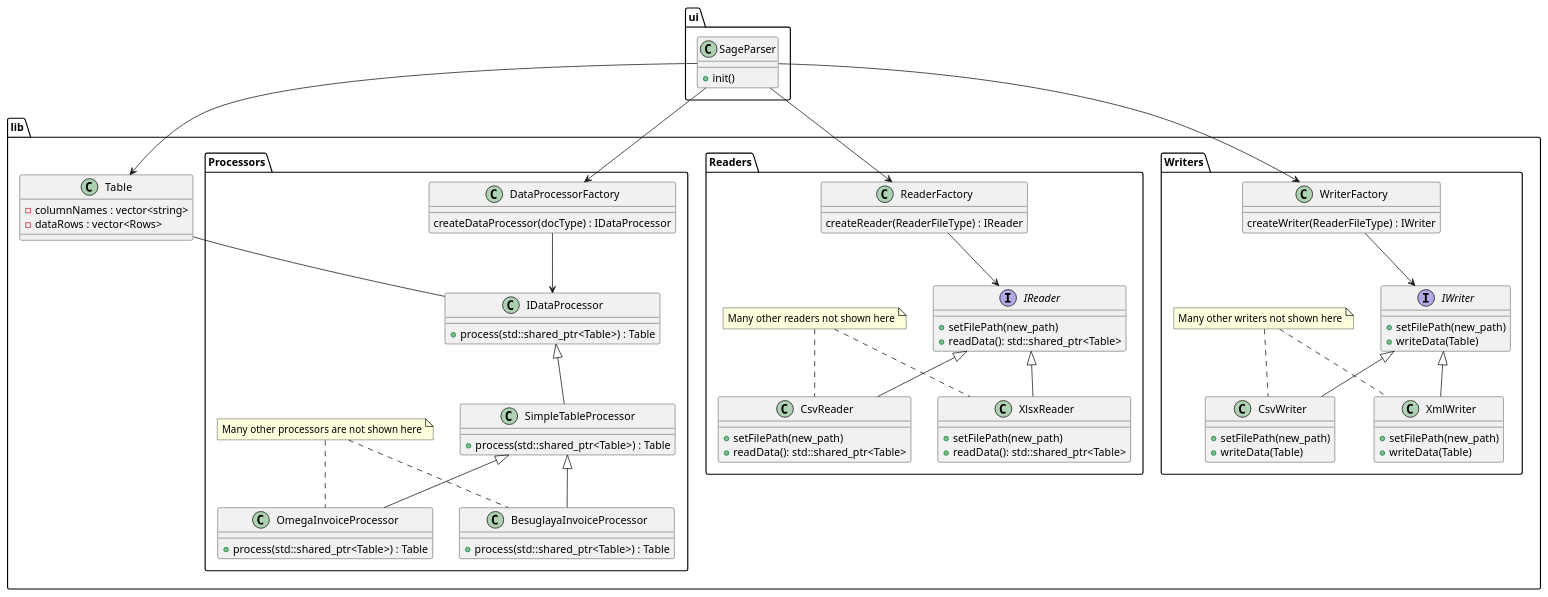
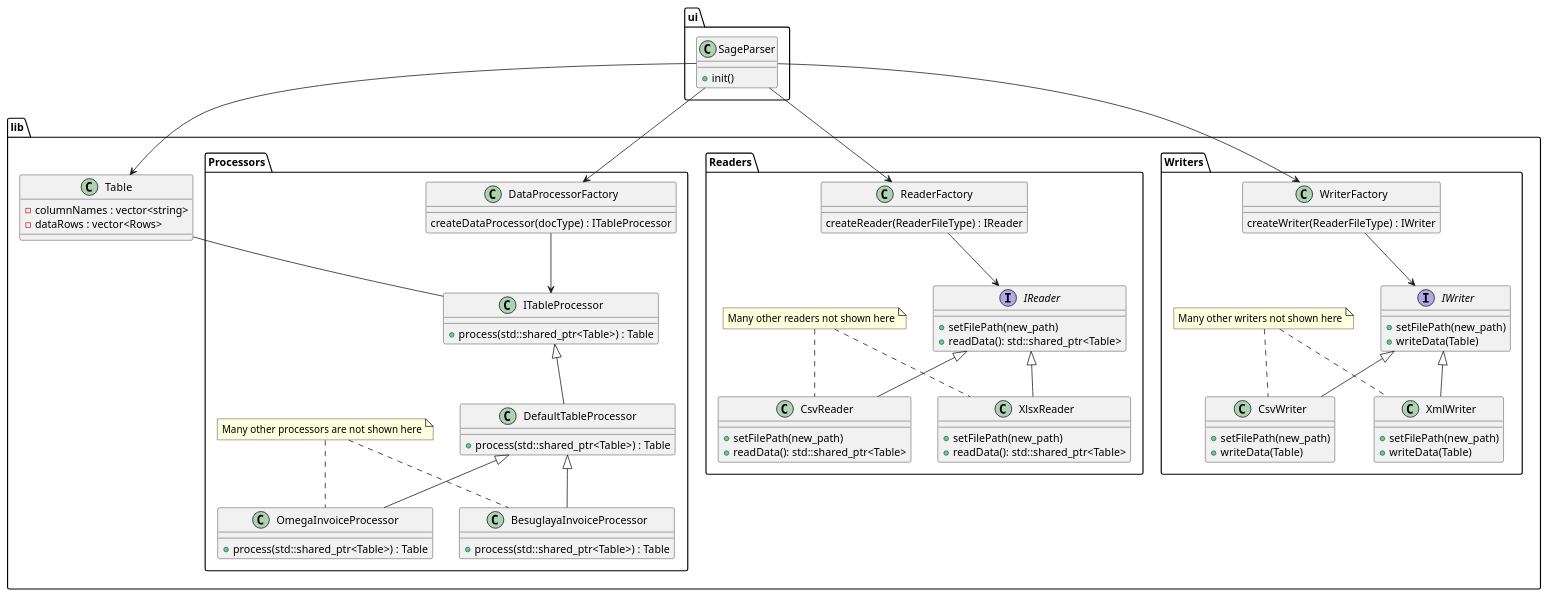
One commit to Sage-Cat/SageParser changed the diagram in docs/Library_Design.puml. Above: the diagram before and after it, drawn with PlantUML. The commit also changed 19 other files, not shown here.

```diff
--- a/docs/Library_Design.puml
+++ b/docs/Library_Design.puml
@@ -1,117 +1,117 @@
 @startuml
 
 package ui {
     class SageParser
     {
         +init()
     }
 }
 
 package lib {
     class Table {
         -columnNames : vector<string>
         -dataRows : vector<Rows>
     }
 
     package Processors {
         class DataProcessorFactory
         {
-            createDataProcessor(docType) : IDataProcessor
+            createDataProcessor(docType) : ITableProcessor
         }
 
-        class IDataProcessor {
+        class ITableProcessor {
             +process(std::shared_ptr<Table>) : Table
         }
 
-        class SimpleTableProcessor {
+        class DefaultTableProcessor {
             +process(std::shared_ptr<Table>) : Table
         }
 
         class OmegaInvoiceProcessor {
             +process(std::shared_ptr<Table>) : Table
         }
 
         class BesuglayaInvoiceProcessor {
             +process(std::shared_ptr<Table>) : Table
         }
 
         note "Many other processors are not shown here" as N1
         N1 .. BesuglayaInvoiceProcessor
         N1 .. OmegaInvoiceProcessor
 
-        SimpleTableProcessor -up-|> IDataProcessor
-        BesuglayaInvoiceProcessor -up-|> SimpleTableProcessor
-        OmegaInvoiceProcessor -up-|> SimpleTableProcessor
+        DefaultTableProcessor -up-|> ITableProcessor
+        BesuglayaInvoiceProcessor -up-|> DefaultTableProcessor
+        OmegaInvoiceProcessor -up-|> DefaultTableProcessor
     }
 
     package Writers {
 
         class WriterFactory {
             createWriter(ReaderFileType) : IWriter
         } 
 
         interface IWriter {
             +setFilePath(new_path)
             +writeData(Table)
         }
 
         class CsvWriter {
             +setFilePath(new_path)
             +writeData(Table)
         }
 
         class XmlWriter {
             +setFilePath(new_path)
             +writeData(Table)
         }
 
         note "Many other writers not shown here" as N2
         N2 .. CsvWriter
         N2 .. XmlWriter
 
         CsvWriter -up-|> IWriter
         XmlWriter -up-|> IWriter
     }
 
     package Readers {
         class ReaderFactory {
             createReader(ReaderFileType) : IReader
         } 
 
         interface IReader {
             +setFilePath(new_path)
             +readData(): std::shared_ptr<Table>
         }
 
         class CsvReader {
             +setFilePath(new_path)
             +readData(): std::shared_ptr<Table>
         }
 
         class XlsxReader {
             +setFilePath(new_path)
             +readData(): std::shared_ptr<Table>
         }
 
         note "Many other readers not shown here" as N3
         N3 .. CsvReader
         N3 .. XlsxReader
 
         CsvReader -up-|> IReader
         XlsxReader -up-|> IReader
     }
 
-    Table -- IDataProcessor
+    Table -- ITableProcessor
 }
 
 
 ReaderFactory --> IReader
 WriterFactory --> IWriter
-DataProcessorFactory --> IDataProcessor
+DataProcessorFactory --> ITableProcessor
 
 SageParser --> DataProcessorFactory
 SageParser --> WriterFactory
 SageParser --> ReaderFactory
 SageParser --> Table
 
 @enduml
```
